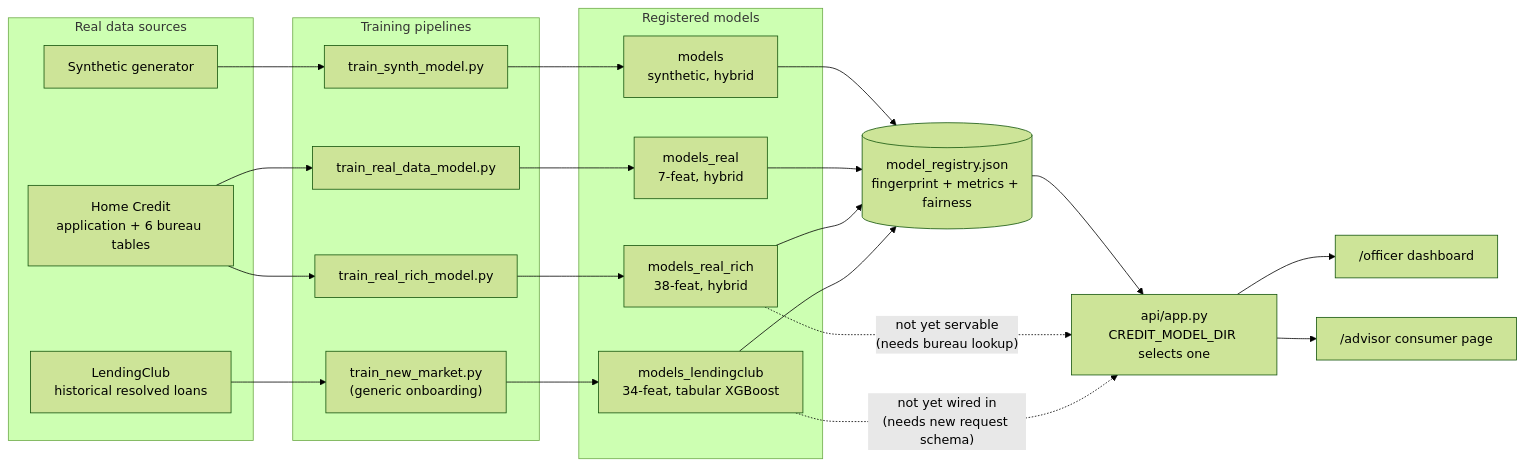
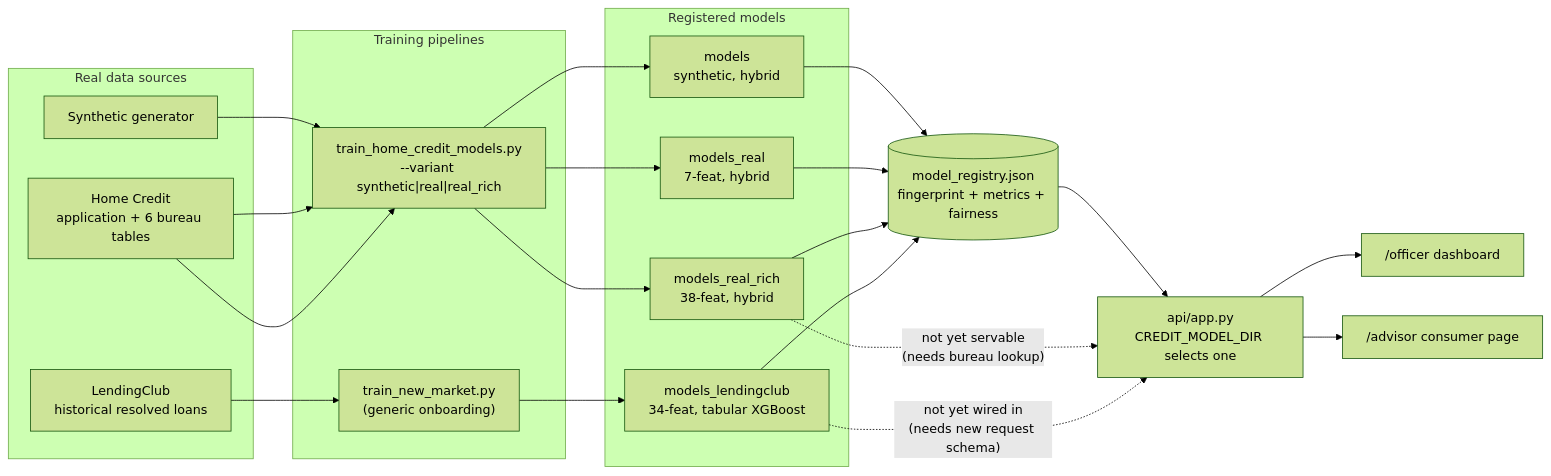
Before and after one commit to Kanishk1217/credit-scoring-ml: the first of 2 diagrams in docs/model_creation_summary.md, drawn with Mermaid (forest theme). The commit also changed other lines of this file and 13 other files, not shown here.

````diff
--- a/docs/model_creation_summary.md
+++ b/docs/model_creation_summary.md
@@ -105,37 +121,35 @@
 ```mermaid
 flowchart LR
     subgraph Sources["Real data sources"]
         HC[Home Credit\napplication + 6 bureau tables]
         LC[LendingClub\nhistorical resolved loans]
         SY[Synthetic generator]
     end
 
     subgraph Pipelines["Training pipelines"]
-        P1["train_synth_model.py"]
-        P2["train_real_data_model.py"]
-        P3["train_real_rich_model.py"]
+        P123["train_home_credit_models.py\n--variant synthetic|real|real_rich"]
         P4["train_new_market.py\n(generic onboarding)"]
     end
 
     subgraph Models["Registered models"]
         M1[models\nsynthetic, hybrid]
         M2[models_real\n7-feat, hybrid]
         M3[models_real_rich\n38-feat, hybrid]
         M4[models_lendingclub\n34-feat, tabular XGBoost]
     end
 
     REG[(model_registry.json\nfingerprint + metrics + fairness)]
 
-    SY --> P1 --> M1
-    HC --> P2 --> M2
-    HC --> P3 --> M3
+    SY --> P123 --> M1
+    HC --> P123 --> M2
+    HC --> P123 --> M3
     LC --> P4 --> M4
 
     M1 & M2 & M3 & M4 --> REG
     REG --> API["api/app.py\nCREDIT_MODEL_DIR selects one"]
     API --> Officer["/officer dashboard"]
     API --> Advisor["/advisor consumer page"]
 
     M3 -.->|"not yet servable\n(needs bureau lookup)"| API
     M4 -.->|"not yet wired in\n(needs new request schema)"| API
 ```
````
